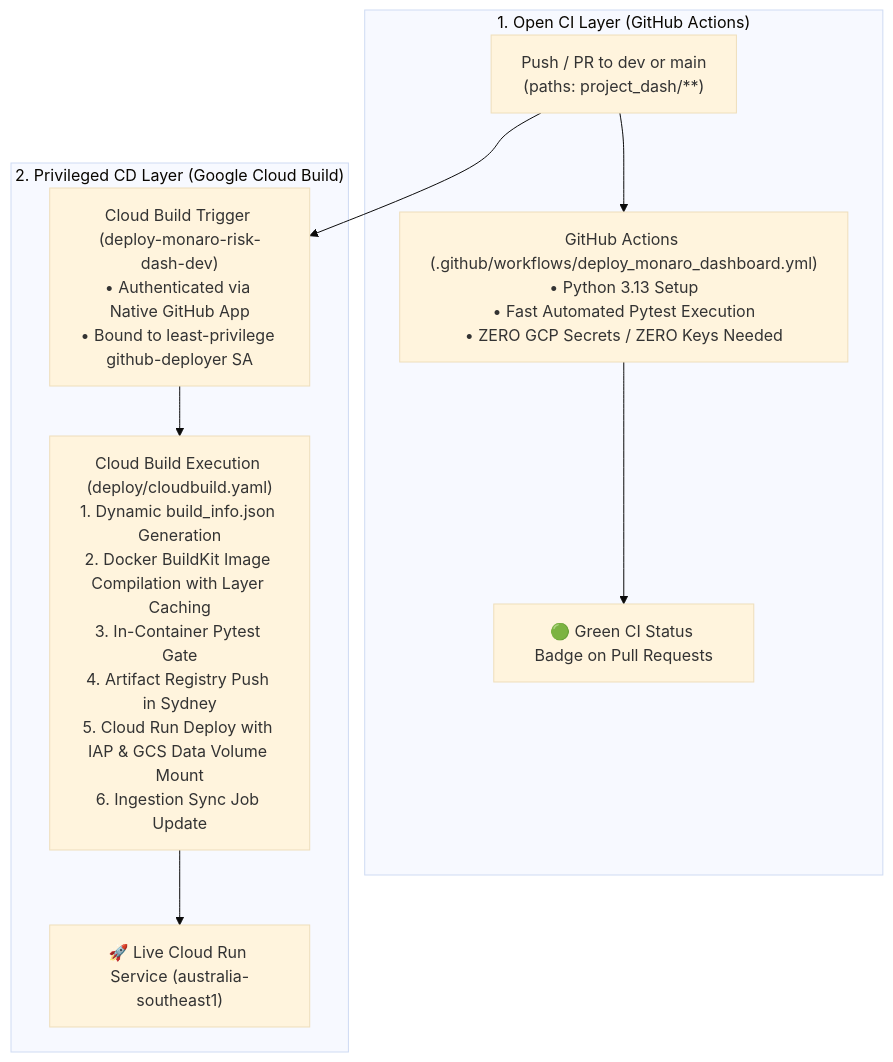
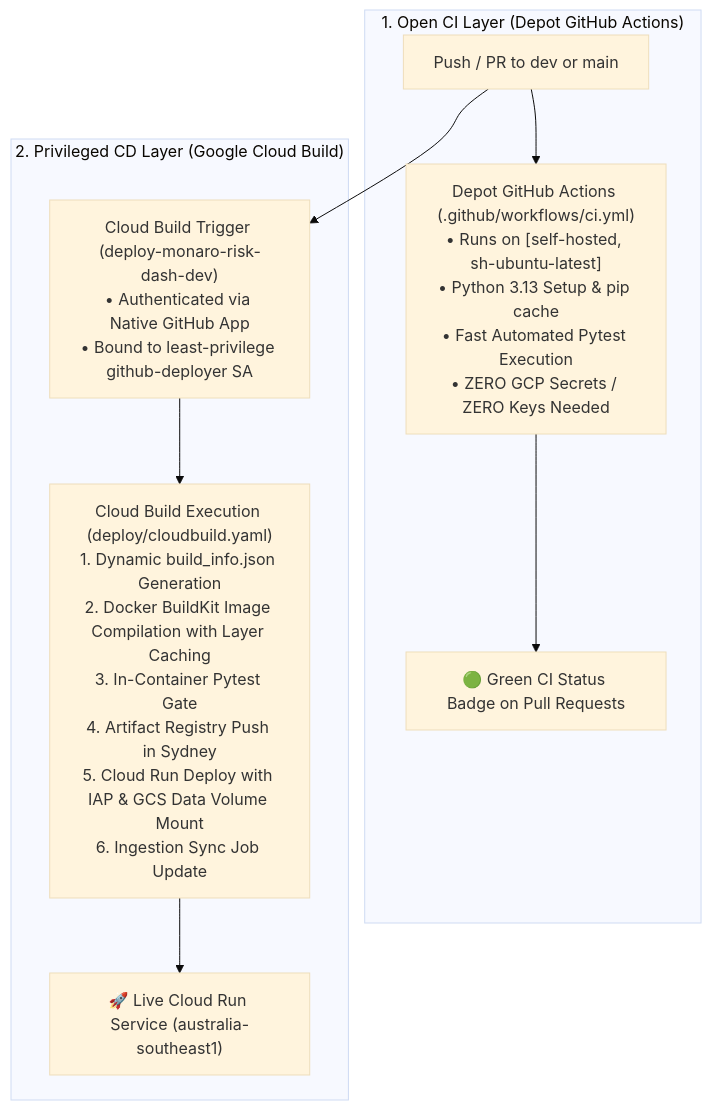
Before and after one commit to brendanhills/uk-bh-project-dash: the second of 3 diagrams in docs/DEPLOYMENT_GUIDE.md, drawn with Mermaid (base theme). The commit also changed other lines of this file and 12 other files, not shown here.

````diff
--- a/docs/DEPLOYMENT_GUIDE.md
+++ b/docs/DEPLOYMENT_GUIDE.md
@@ -409,17 +430,17 @@
 ```mermaid
 flowchart TD
-    subgraph GitHubLayer["1. Open CI Layer (GitHub Actions)"]
-        GHTrigger["Push / PR to dev or main\n(paths: project_dash/**)"]
-        GHAction["GitHub Actions (.github/workflows/deploy_monaro_dashboard.yml)\n• Python 3.13 Setup\n• Fast Automated Pytest Execution\n• ZERO GCP Secrets / ZERO Keys Needed"]
+    subgraph GitHubLayer["1. Open CI Layer (Depot GitHub Actions)"]
+        GHTrigger["Push / PR to dev or main"]
+        GHAction["Depot GitHub Actions (.github/workflows/ci.yml)\n• Runs on [self-hosted, sh-ubuntu-latest]\n• Python 3.13 Setup & pip cache\n• Fast Automated Pytest Execution\n• ZERO GCP Secrets / ZERO Keys Needed"]
         GHBadge["🟢 Green CI Status Badge on Pull Requests"]
     end
 
     subgraph GCPLayer["2. Privileged CD Layer (Google Cloud Build)"]
         CBTrigger["Cloud Build Trigger (deploy-monaro-risk-dash-dev)\n• Authenticated via Native GitHub App\n• Bound to least-privilege github-deployer SA"]
         CBBuild["Cloud Build Execution (deploy/cloudbuild.yaml)\n1. Dynamic build_info.json Generation\n2. Docker BuildKit Image Compilation with Layer Caching\n3. In-Container Pytest Gate\n4. Artifact Registry Push in Sydney\n5. Cloud Run Deploy with IAP & GCS Data Volume Mount\n6. Ingestion Sync Job Update"]
         CloudRun["🚀 Live Cloud Run Service (australia-southeast1)"]
     end
 
     GHTrigger --> GHAction --> GHBadge
     GHTrigger --> CBTrigger --> CBBuild --> CloudRun
 ```
````
